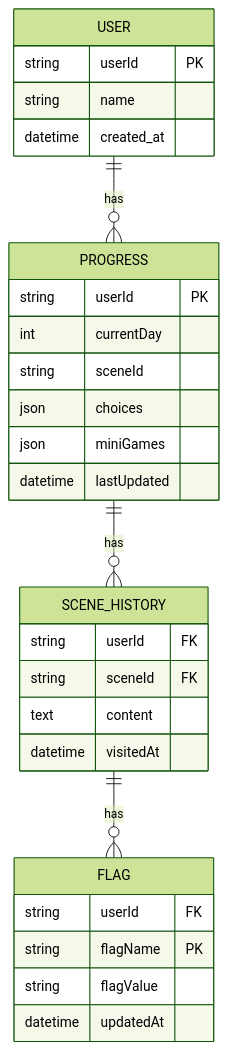
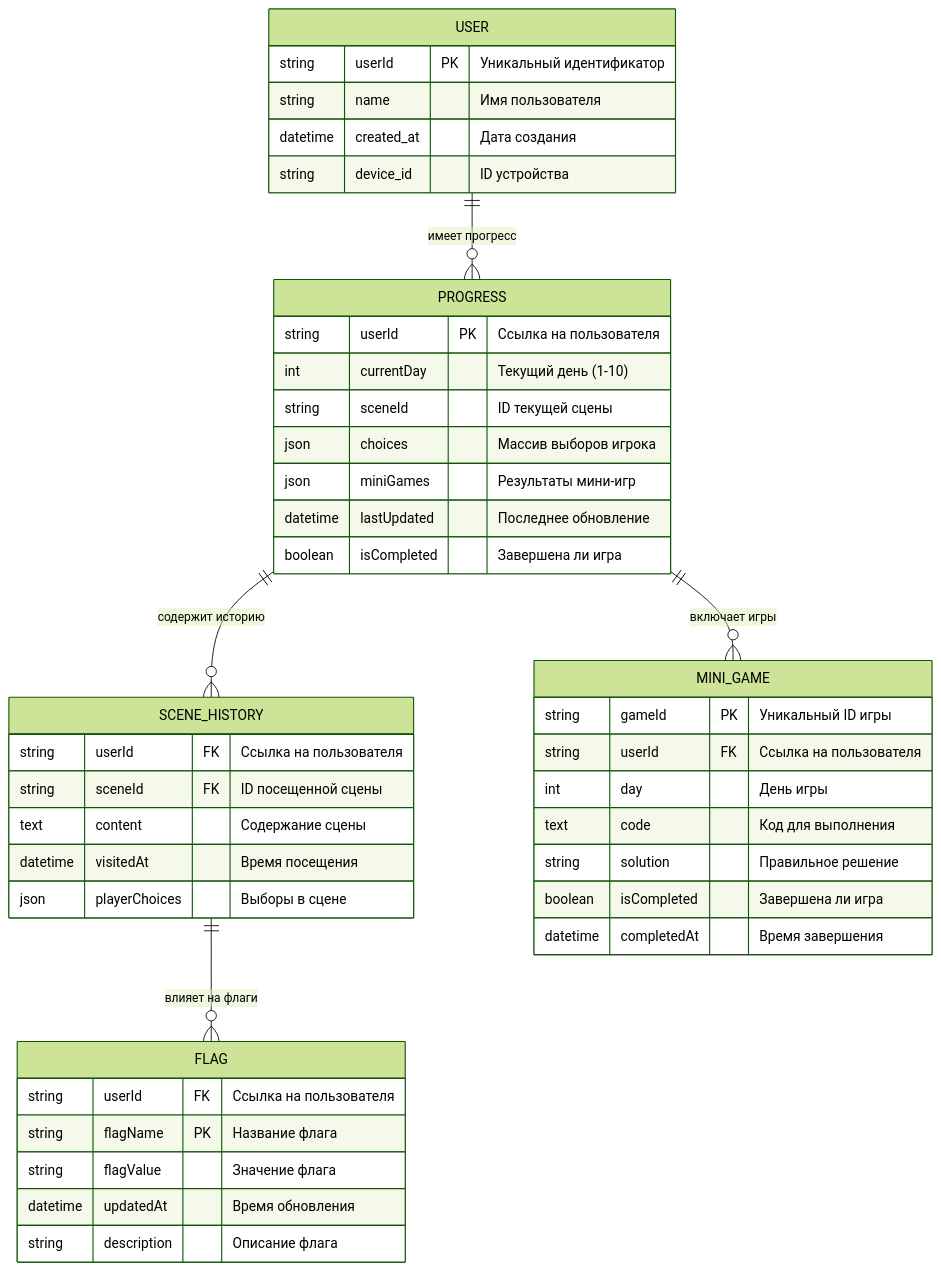
One commit to Angel-Energy/diplom- changed the tenth of 31 diagrams in ALL_DIAGRAMS.md. Above: the diagram before and after it, drawn with Mermaid (forest theme). The commit also changed other lines of this file, not shown here.

Commit message:
Enhance diagram text with detailed descriptions, subgraphs, and styling

````diff
--- a/ALL_DIAGRAMS.md
+++ b/ALL_DIAGRAMS.md
@@ -173,31 +311,50 @@
 ```mermaid
 erDiagram
-    USER ||--o{ PROGRESS : has
-    PROGRESS ||--o{ SCENE_HISTORY : has
-    SCENE_HISTORY ||--o{ FLAG : has
+    USER ||--o{ PROGRESS : "имеет прогресс"
+    PROGRESS ||--o{ SCENE_HISTORY : "содержит историю"
+    SCENE_HISTORY ||--o{ FLAG : "влияет на флаги"
+    PROGRESS ||--o{ MINI_GAME : "включает игры"
+    
     USER {
-        string userId PK
-        string name
-        datetime created_at
+        string userId PK "Уникальный идентификатор"
+        string name "Имя пользователя"
+        datetime created_at "Дата создания"
+        string device_id "ID устройства"
     }
+    
     PROGRESS {
-        string userId PK
-        int currentDay
-        string sceneId
-        json choices
-        json miniGames
-        datetime lastUpdated
+        string userId PK "Ссылка на пользователя"
+        int currentDay "Текущий день (1-10)"
+        string sceneId "ID текущей сцены"
+        json choices "Массив выборов игрока"
+        json miniGames "Результаты мини-игр"
+        datetime lastUpdated "Последнее обновление"
+        boolean isCompleted "Завершена ли игра"
     }
+    
     SCENE_HISTORY {
-        string userId FK
-        string sceneId FK
-        text content
-        datetime visitedAt
+        string userId FK "Ссылка на пользователя"
+        string sceneId FK "ID посещенной сцены"
+        text content "Содержание сцены"
+        datetime visitedAt "Время посещения"
+        json playerChoices "Выборы в сцене"
     }
+    
     FLAG {
-        string userId FK
-        string flagName PK
-        string flagValue
-        datetime updatedAt
+        string userId FK "Ссылка на пользователя"
+        string flagName PK "Название флага"
+        string flagValue "Значение флага"
+        datetime updatedAt "Время обновления"
+        string description "Описание флага"
+    }
+    
+    MINI_GAME {
+        string gameId PK "Уникальный ID игры"
+        string userId FK "Ссылка на пользователя"
+        int day "День игры"
+        text code "Код для выполнения"
+        string solution "Правильное решение"
+        boolean isCompleted "Завершена ли игра"
+        datetime completedAt "Время завершения"
     }
 ```
````
